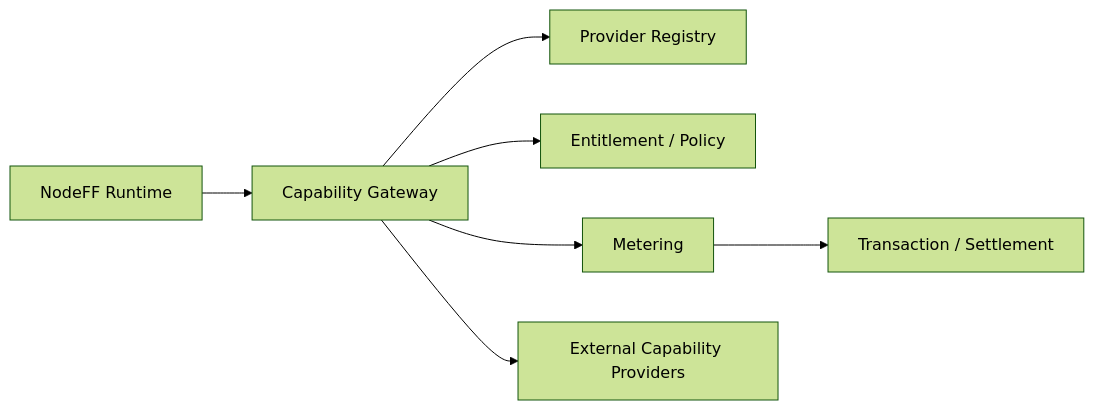
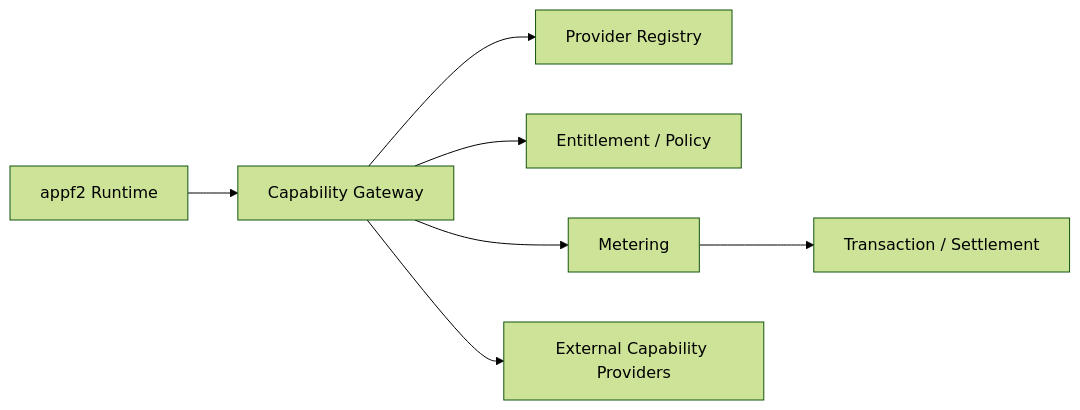
Before and after one commit to NFF98/NodeFF: the diagram in working/detailed-design/infrastructure/INFRASTRUCTURE-DETAILED.md, drawn with Mermaid (forest theme). The commit also changed other lines of this file and 53 other files, not shown here.

```diff
--- a/working/detailed-design/infrastructure/INFRASTRUCTURE-DETAILED.md
+++ b/working/detailed-design/infrastructure/INFRASTRUCTURE-DETAILED.md
@@ -541,17 +541,17 @@
 ~~~mermaid
 flowchart LR
-    R[NodeFF Runtime]
+    R[appf2 Runtime]
     G[Capability Gateway]
     P[Provider Registry]
     E[Entitlement / Policy]
     M[Metering]
     T[Transaction / Settlement]
     X[External Capability Providers]
 
     R --> G
     G --> P
     G --> E
     G --> X
     G --> M
     M --> T
 ~~~
```
